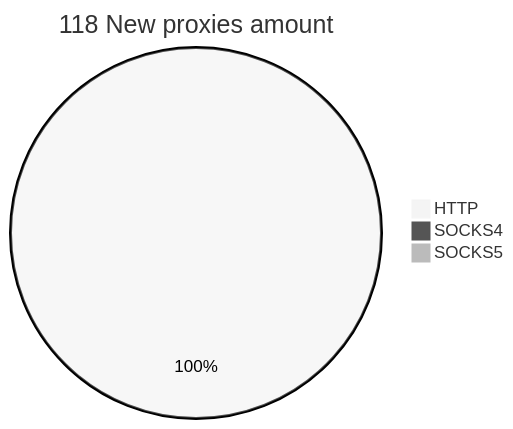
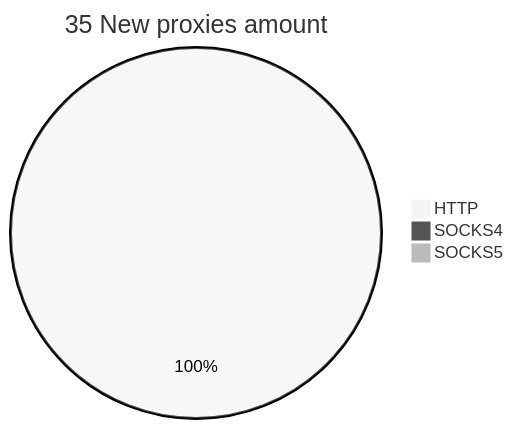
One commit to cutipu/proxylist changed the second of 2 diagrams in README.md. Above: the diagram before and after it, drawn with Mermaid (neutral theme). The commit also changed other lines of this file, not shown here.

````diff
--- a/README.md
+++ b/README.md
@@ -10,6 +10,6 @@
 ```mermaid
-pie title 118 New proxies amount
-    "HTTP" : 118
+pie title 35 New proxies amount
+    "HTTP" : 35
     "SOCKS4" : 0
     "SOCKS5" : 0
 ```
````
